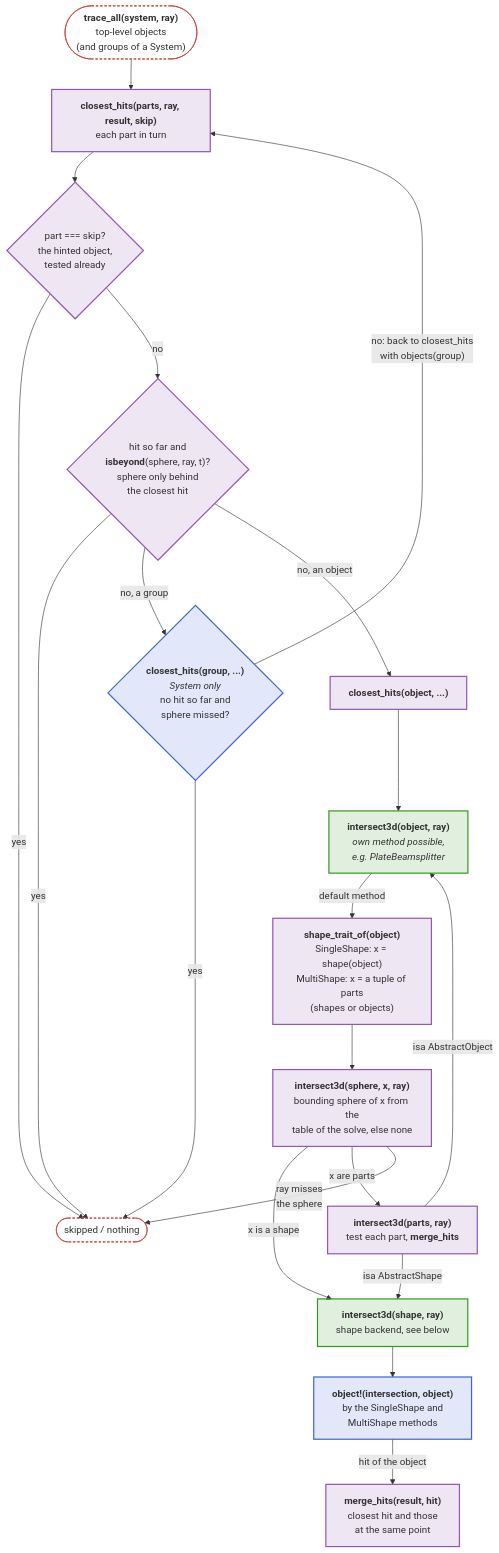
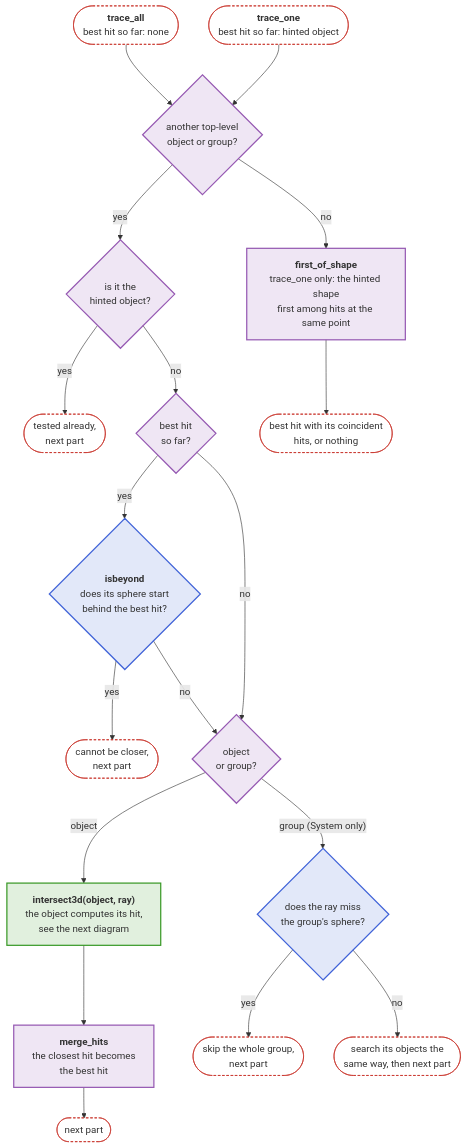
The second of 7 diagrams in docs/src/api/core.md (JuliaPhysics/BeamletOptics.jl), drawn with Mermaid before and after one commit. The commit also changed other lines of this file, not shown here.

Commit message:
Docs: core.md diagrams of the solver as plain yes/no flows, trace_all split into search and object hit, order of coincident hits stated

````diff
--- a/docs/src/api/core.md
+++ b/docs/src/api/core.md
@@ -63,45 +72,44 @@
 ```mermaid
 flowchart TB
-    TA(["<b>trace_all(system, ray)</b><br/>top-level objects<br/>(and groups of a System)"])
-    CH["<b>closest_hits(parts, ray, result, skip)</b><br/>each part in turn"]
-    SK{"part === skip?<br/>the hinted object,<br/>tested already"}
-    BY{"hit so far and<br/><b>isbeyond</b>(sphere, ray, t)?<br/>sphere only behind<br/>the closest hit"}
-    G{"<b>closest_hits(group, ...)</b><br/><i>System only</i><br/>no hit so far and<br/>sphere missed?"}
-    O["<b>closest_hits(object, ...)</b>"]
-    OJ["<b>intersect3d(object, ray)</b><br/><i>own method possible,<br/>e.g. PlateBeamsplitter</i>"]
-    M["<b>merge_hits(result, hit)</b><br/>closest hit and those<br/>at the same point"]
-    T["<b>shape_trait_of(object)</b><br/>SingleShape: x = shape(object)<br/>MultiShape: x = a tuple of parts<br/>(shapes or objects)"]
-    PT["<b>intersect3d(sphere, x, ray)</b><br/>bounding sphere of x from the<br/>table of the solve, else none"]
-    P["<b>intersect3d(parts, ray)</b><br/>test each part, <b>merge_hits</b>"]
-    SH["<b>intersect3d(shape, ray)</b><br/>shape backend, see below"]
-    OBJ["<b>object!(intersection, object)</b><br/>by the SingleShape and<br/>MultiShape methods"]
-    MISS(["skipped / nothing"])
+    EA(["<b>trace_all</b><br/>best hit so far: none"])
+    EO(["<b>trace_one</b><br/>best hit so far: hinted object"])
+    N{"another top-level<br/>object or group?"}
+    H{"is it the<br/>hinted object?"}
+    BH{"best hit<br/>so far?"}
+    BY{"<b>isbeyond</b><br>does its sphere start<br/>behind the best hit?<br/><i></i>"}
+    K{"object<br/>or group?"}
+    GM{"does the ray miss<br/>the group's sphere?"}
+    O["<b>intersect3d(object, ray)</b><br/>the object computes its hit,<br/>see the next diagram"]
+    M["<b>merge_hits</b><br/>the closest hit becomes <br>the best hit"]
+    FS["<b>first_of_shape</b><br/>trace_one only: the hinted shape<br/>first among hits at the same point"]
+    R(["best hit with its coincident<br/>hits, or nothing"])
+    B1(["tested already,<br/>next part"])
+    B2(["cannot be closer,<br/>next part"])
+    B3(["skip the whole group,<br/>next part"])
+    B4(["search its objects the<br/>same way, then next part"])
+    B5(["next part"])
 
-    TA --> CH --> SK
-    SK -- yes --> MISS
-    SK -- no --> BY
-    BY -- yes --> MISS
-    BY -- "no, a group" --> G
-    BY -- "no, an object" --> O
-    G -- yes --> MISS
-    G -- "no: back to closest_hits<br/>with objects(group)" --> CH
-    O --> OJ
-    OJ -- "default method" --> T
-    T --> PT
-    PT -- "x is a shape" --> SH
-    PT -- "x are parts" --> P
-    PT -- "ray misses<br/>the sphere" --> MISS
-    P -- "isa AbstractShape" --> SH
-    P -- "isa AbstractObject" --> OJ
-    SH --> OBJ
-    OBJ -- "hit of the object" --> M
+    EA --> N
+    EO --> N
+    N -- yes --> H
+    N -- no --> FS --> R
+    H -- yes --> B1
+    H -- no --> BH
+    BH -- yes --> BY
+    BH -- no --> K
+    BY -- yes --> B2
+    BY -- no --> K
+    K -- "object" --> O --> M --> B5
+    K -- "group (System only)" --> GM
+    GM -- yes --> B3
+    GM -- no --> B4
 
     classDef blue fill:#4063D826,stroke:#4063D8,stroke-width:2px
     classDef green fill:#38982626,stroke:#389826,stroke-width:2px
     classDef purple fill:#9558B226,stroke:#9558B2,stroke-width:2px
     classDef terminal fill:transparent,stroke:#CB3C33,stroke-width:1.5px,stroke-dasharray:4 3
-    class G,OBJ blue
-    class OJ,SH green
-    class CH,SK,BY,O,M,P,T,PT purple
-    class TA,MISS terminal
+    class N,H,BH,K,M,FS purple
+    class BY,GM blue
+    class O green
+    class EA,EO,R,B1,B2,B3,B4,B5 terminal
 ```
````
